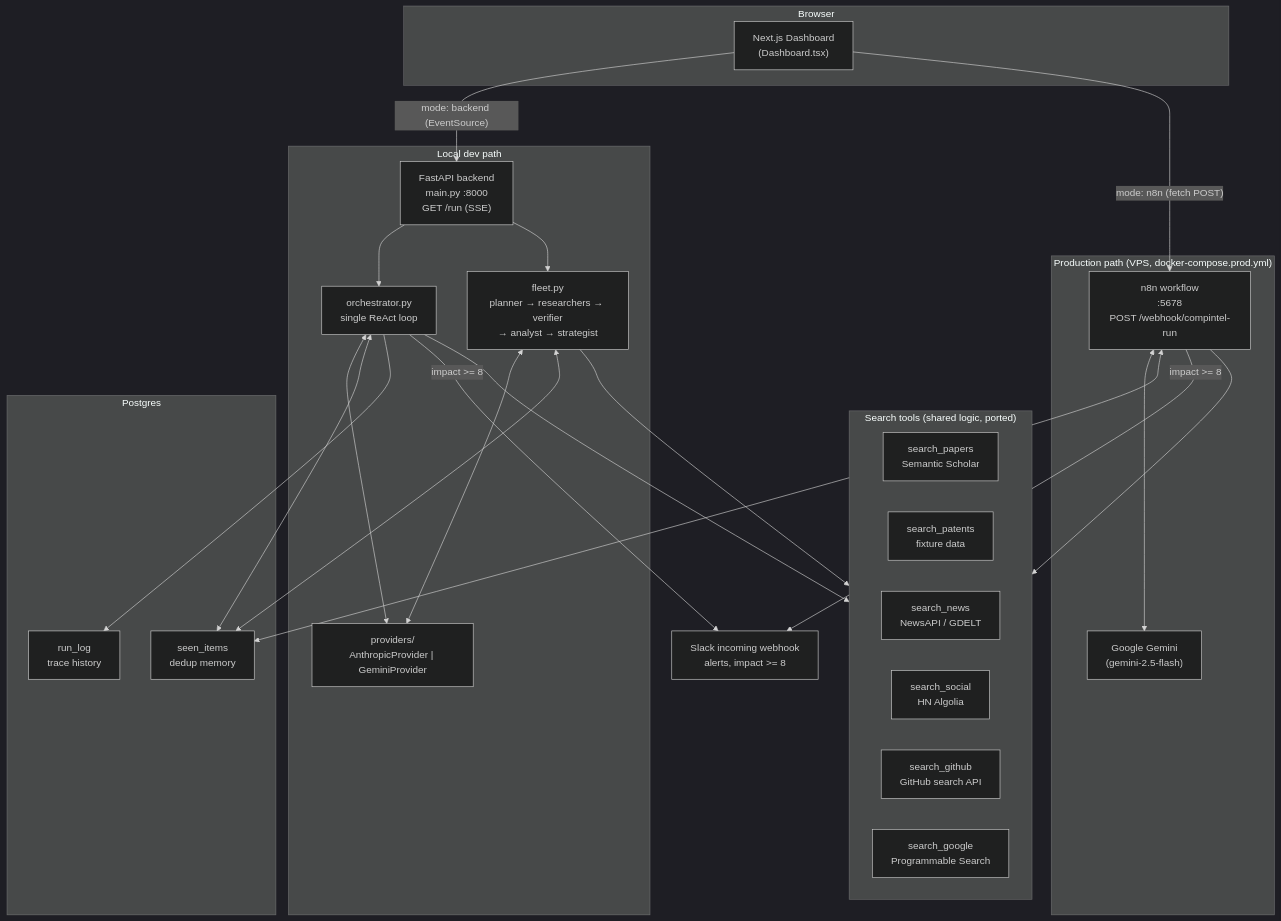
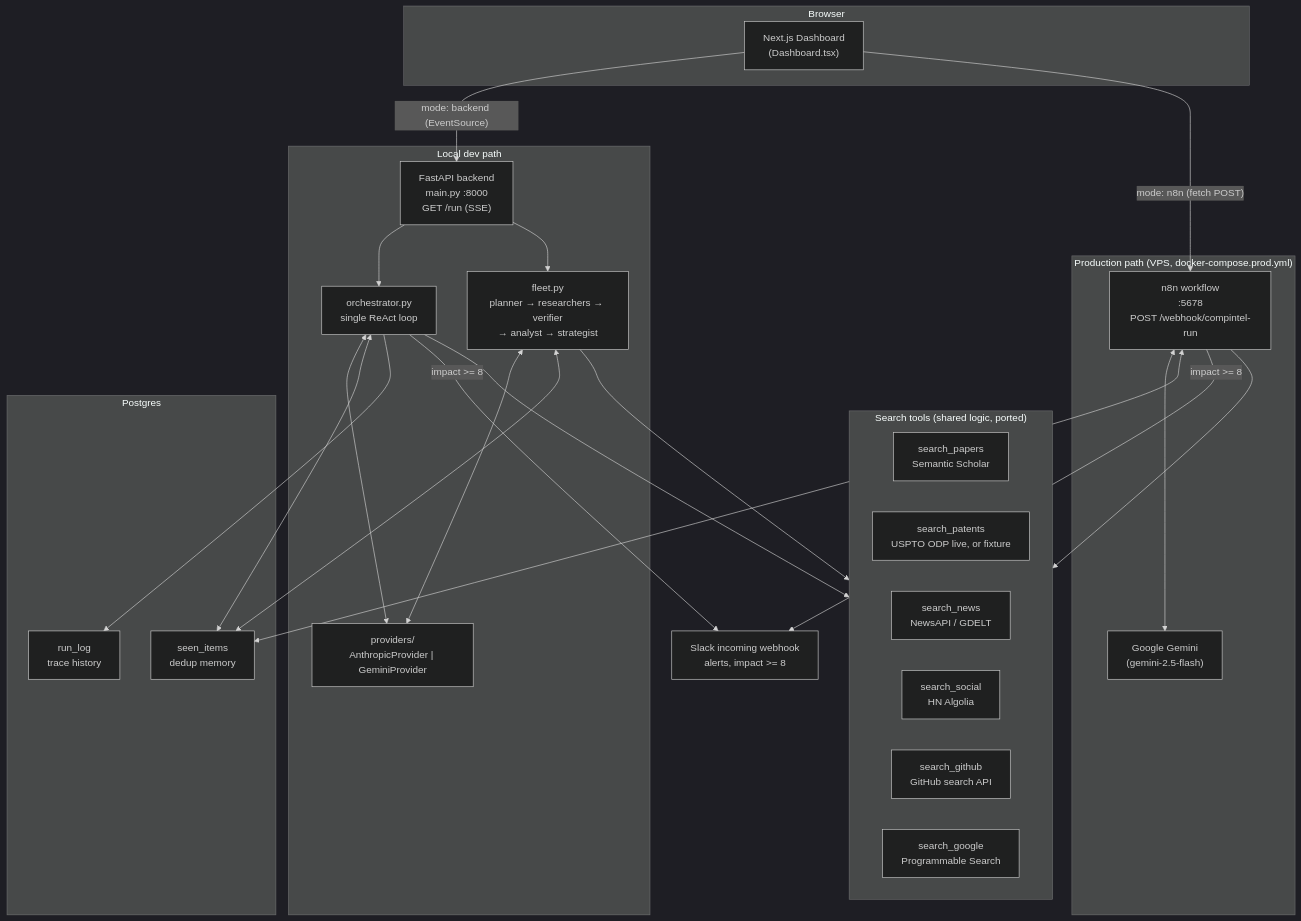
One commit to ByteNinjaSmit/Agentx changed the first of 7 diagrams in docs/ARCHITECTURE.md. Above: the diagram before and after it, drawn with Mermaid (dark theme). The commit also changed 5 other files, not shown here.

````diff
--- a/docs/ARCHITECTURE.md
+++ b/docs/ARCHITECTURE.md
@@ -27,54 +27,54 @@
 ```mermaid
 flowchart TB
     subgraph Client["Browser"]
         UI["Next.js Dashboard<br/>(Dashboard.tsx)"]
     end
 
     subgraph LocalDev["Local dev path"]
         API["FastAPI backend<br/>main.py :8000<br/>GET /run (SSE)"]
         Providers["providers/<br/>AnthropicProvider | GeminiProvider"]
         Orchestrator["orchestrator.py<br/>single ReAct loop"]
         FleetPy["fleet.py<br/>planner → researchers → verifier<br/>→ analyst → strategist"]
         API --> Orchestrator
         API --> FleetPy
         Orchestrator <--> Providers
         FleetPy <--> Providers
     end
 
     subgraph Prod["Production path (VPS, docker-compose.prod.yml)"]
         N8N["n8n workflow<br/>:5678<br/>POST /webhook/compintel-run"]
         Gemini["Google Gemini<br/>(gemini-2.5-flash)"]
         N8N <--> Gemini
     end
 
     subgraph Tools["Search tools (shared logic, ported)"]
         T1["search_papers<br/>Semantic Scholar"]
-        T2["search_patents<br/>fixture data"]
+        T2["search_patents<br/>USPTO ODP live, or fixture"]
         T3["search_news<br/>NewsAPI / GDELT"]
         T4["search_social<br/>HN Algolia"]
         T5["search_github<br/>GitHub search API"]
         T6["search_google<br/>Programmable Search"]
     end
 
     subgraph DB["Postgres"]
         Seen["seen_items<br/>dedup memory"]
         Runs["run_log<br/>trace history"]
     end
 
     Slack["Slack incoming webhook<br/>alerts, impact >= 8"]
 
     UI -- "mode: backend (EventSource)" --> API
     UI -- "mode: n8n (fetch POST)" --> N8N
 
     Orchestrator --> Tools
     FleetPy --> Tools
     N8N --> Tools
 
     Orchestrator <--> Seen
     FleetPy <--> Seen
     Orchestrator --> Runs
     N8N <--> Seen
 
     Orchestrator -- "impact >= 8" --> Slack
     N8N -- "impact >= 8" --> Slack
 ```
````
